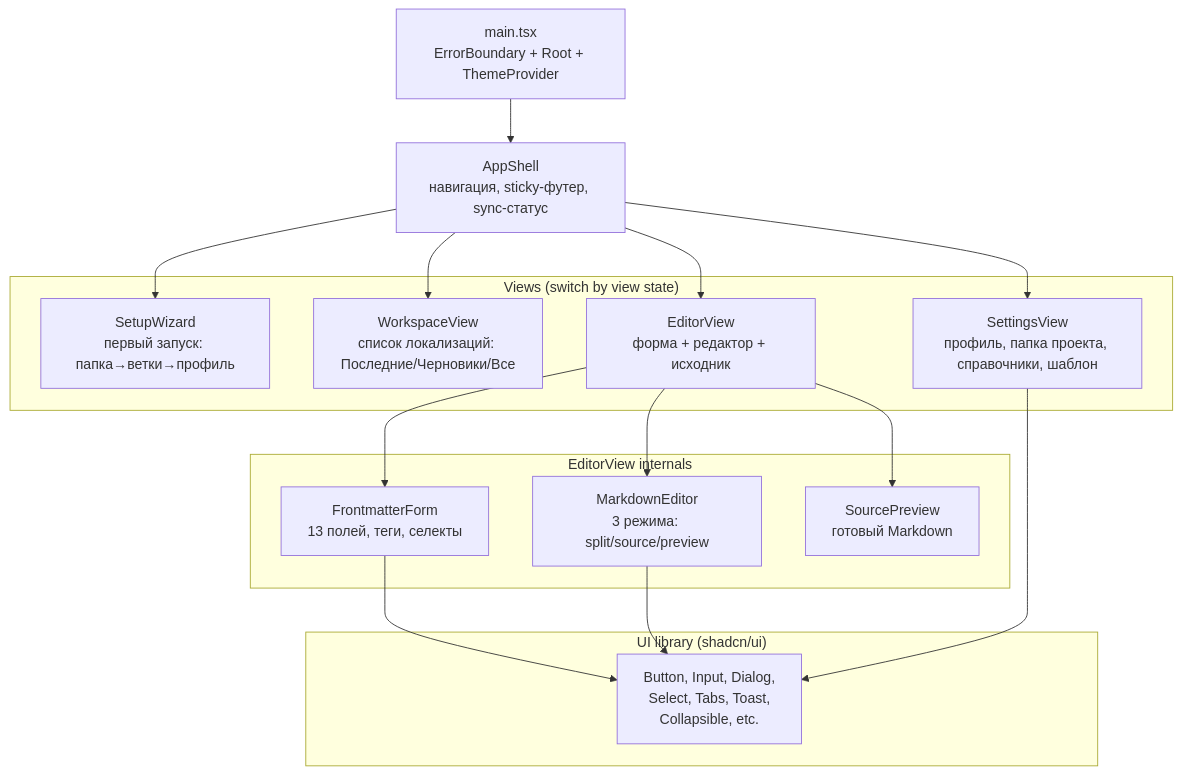
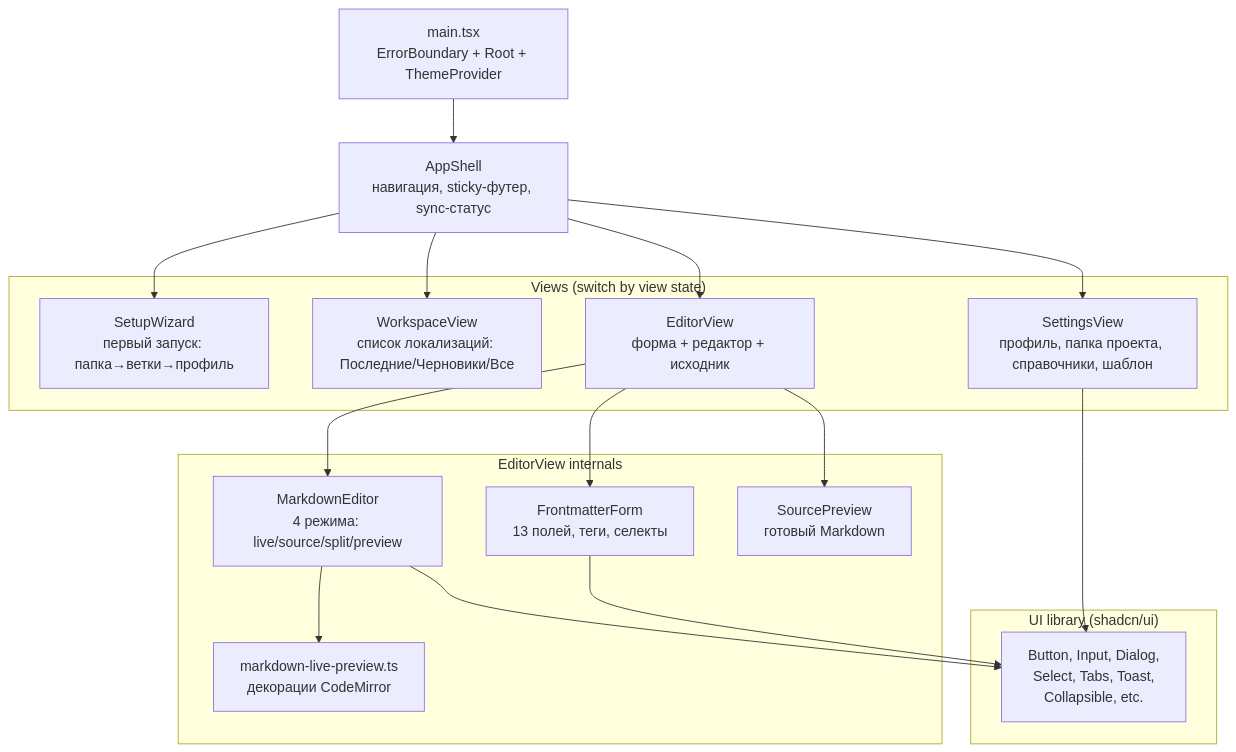
The second of 16 diagrams in ARCHITECTURE.md (artamonovav/ids), drawn with Mermaid before and after one commit. The commit also changed other lines of this file and 9 other files, not shown here.

First line of the commit message:
feat(editor): Live-режим Markdown на CodeMirror, релиз 0.3.1

````diff
--- a/ARCHITECTURE.md
+++ b/ARCHITECTURE.md
@@ -51,37 +51,39 @@
 ```mermaid
 graph TD
     MAIN[main.tsx<br/>ErrorBoundary + Root + ThemeProvider]
     APP[AppShell<br/>навигация, sticky-футер, sync-статус]
 
     MAIN --> APP
 
     subgraph "Views (switch by view state)"
         SETUP[SetupWizard<br/>первый запуск: папка→ветки→профиль]
         WORK[WorkspaceView<br/>список локализаций: Последние/Черновики/Все]
         EDITOR[EditorView<br/>форма + редактор + исходник]
         SETTINGS[SettingsView<br/>профиль, папка проекта, справочники, шаблон]
     end
 
     APP --> SETUP
     APP --> WORK
     APP --> EDITOR
     APP --> SETTINGS
 
     subgraph "EditorView internals"
         FM[FrontmatterForm<br/>13 полей, теги, селекты]
-        MD[MarkdownEditor<br/>3 режима: split/source/preview]
+        MD[MarkdownEditor<br/>4 режима: live/source/split/preview]
+        LIVE[markdown-live-preview.ts<br/>декорации CodeMirror]
         SRC[SourcePreview<br/>готовый Markdown]
     end
 
     EDITOR --> FM
     EDITOR --> MD
     EDITOR --> SRC
+    MD --> LIVE
 
     subgraph "UI library (shadcn/ui)"
         UI[Button, Input, Dialog,<br/>Select, Tabs, Toast,<br/>Collapsible, etc.]
     end
 
     FM --> UI
     MD --> UI
     SETTINGS --> UI
 ```
````
